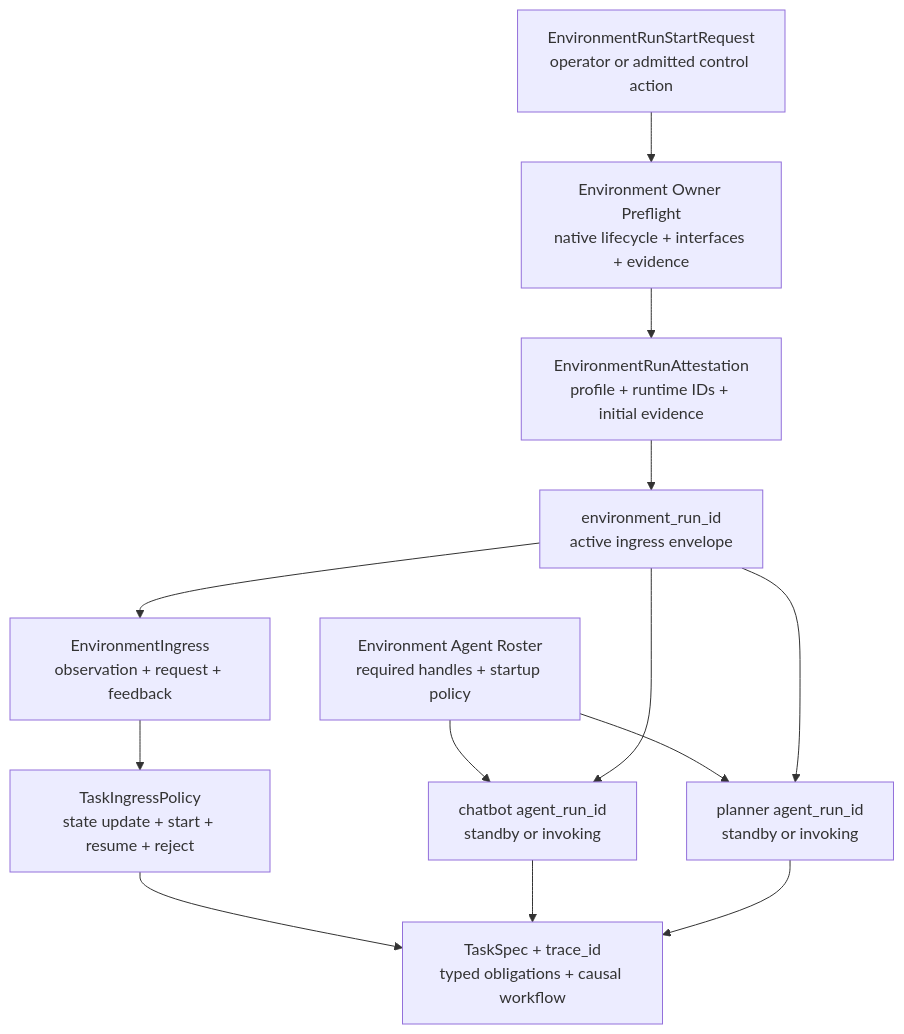
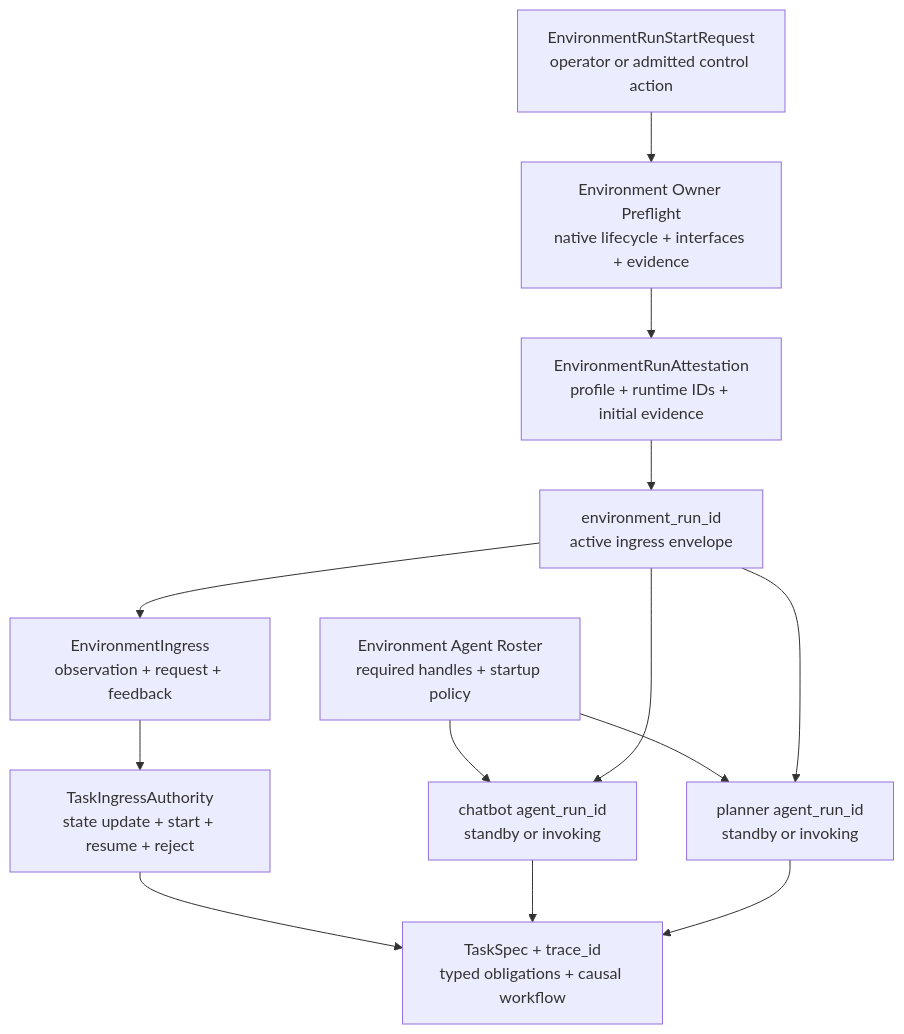
One commit to ieverythng/universal-agentic-harness changed the fourth of 10 diagrams in docs/architecture/universal_agentic_harness_foundation.md. Above: the diagram before and after it, drawn with Mermaid. The commit also changed other lines of this file and 50 other files, not shown here.

````diff
--- a/docs/architecture/universal_agentic_harness_foundation.md
+++ b/docs/architecture/universal_agentic_harness_foundation.md
@@ -302,26 +304,26 @@
 ```mermaid
 %% uah-render: Figure 1D. Environment activation owns ingress and attached agent runs
 flowchart TB
     Start["EnvironmentRunStartRequest<br/>operator or admitted control action"]:::proposal
     Native["Environment Owner Preflight<br/>native lifecycle + interfaces + evidence"]:::domain
     Attestation["EnvironmentRunAttestation<br/>profile + runtime IDs + initial evidence"]:::evidence
     Active["environment_run_id<br/>active ingress envelope"]:::identity
     Roster["Environment Agent Roster<br/>required handles + startup policy"]:::semantic
     Chatbot["chatbot agent_run_id<br/>standby or invoking"]:::identity
     Planner["planner agent_run_id<br/>standby or invoking"]:::identity
     Ingress["EnvironmentIngress<br/>observation + request + feedback"]:::trace
-    Policy["TaskIngressPolicy<br/>state update + start + resume + reject"]:::gate
+    Policy["TaskIngressAuthority<br/>state update + start + resume + reject"]:::gate
     Task["TaskSpec + trace_id<br/>typed obligations + causal workflow"]:::semantic
     Start --> Native
     Native --> Attestation
     Attestation --> Active
     Roster --> Chatbot
     Roster --> Planner
     Active --> Chatbot
     Active --> Planner
     Active --> Ingress
     Ingress --> Policy
     Policy --> Task
     Chatbot --> Task
     Planner --> Task
 ```
````
